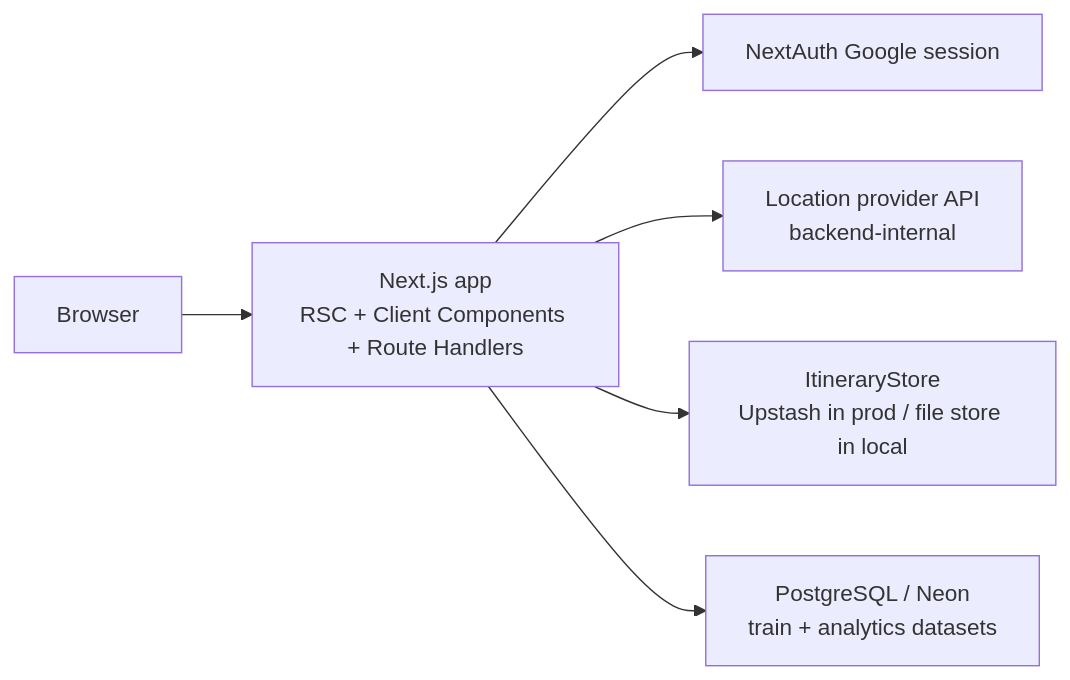
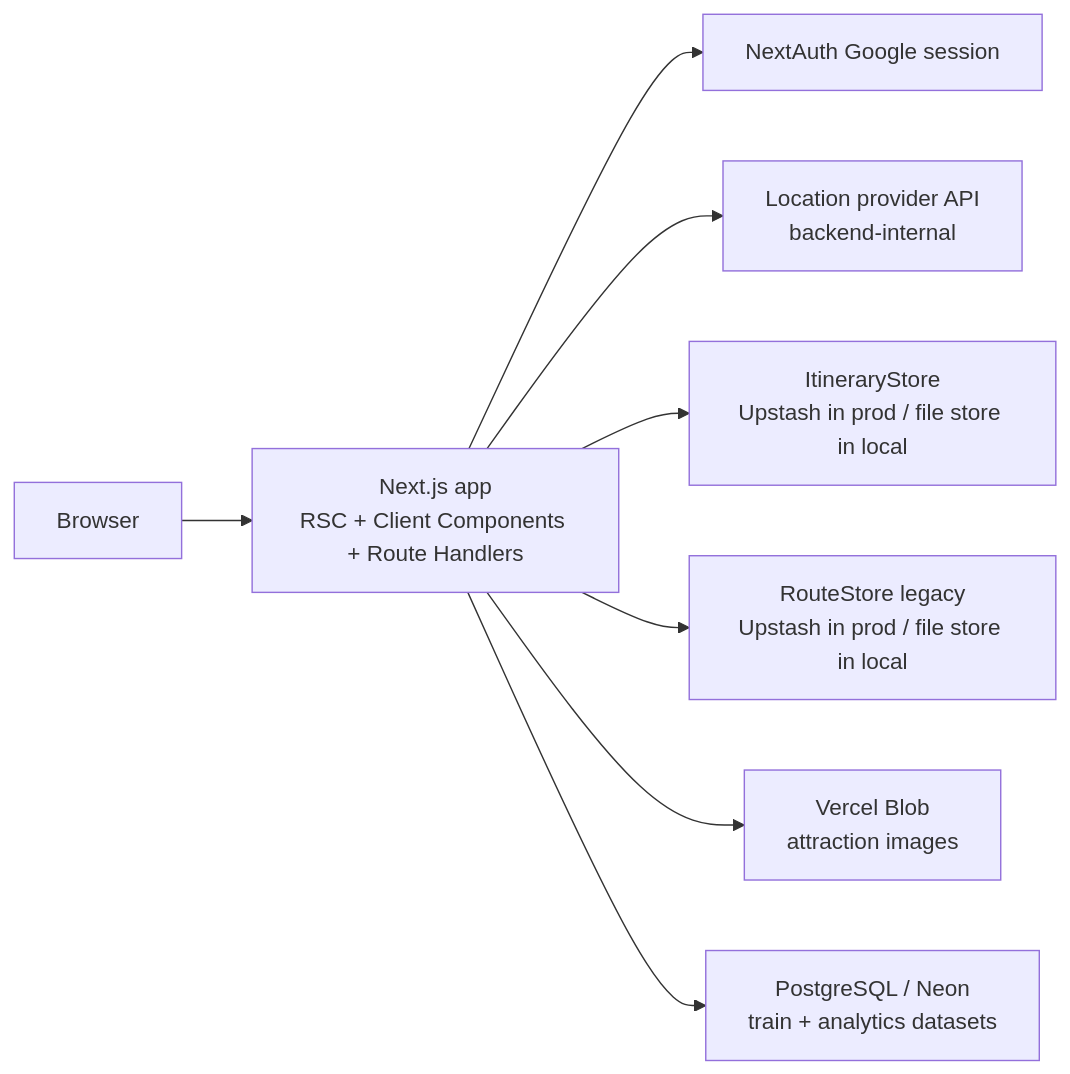
Before and after one commit to moukayz/my-tesm-tests: the first of 2 diagrams in travel-plan-web-next/docs/system-architecture.md, drawn with Mermaid. The commit also changed other lines of this file and 20 other files, not shown here.

````diff
--- a/travel-plan-web-next/docs/system-architecture.md
+++ b/travel-plan-web-next/docs/system-architecture.md
@@ -7,15 +7,19 @@
 ```mermaid
 flowchart LR
     Browser[Browser]
     Next[Next.js app\nRSC + Client Components + Route Handlers]
     Auth[NextAuth Google session]
     Lookup[Location provider API\nbackend-internal]
     Store[ItineraryStore\nUpstash in prod / file store in local]
+    RouteStore[RouteStore legacy\nUpstash in prod / file store in local]
+    Blob[Vercel Blob\nattraction images]
     PG[PostgreSQL / Neon\ntrain + analytics datasets]
 
     Browser --> Next
     Next --> Auth
     Next --> Lookup
     Next --> Store
+    Next --> RouteStore
+    Next --> Blob
     Next --> PG
 ```
````
